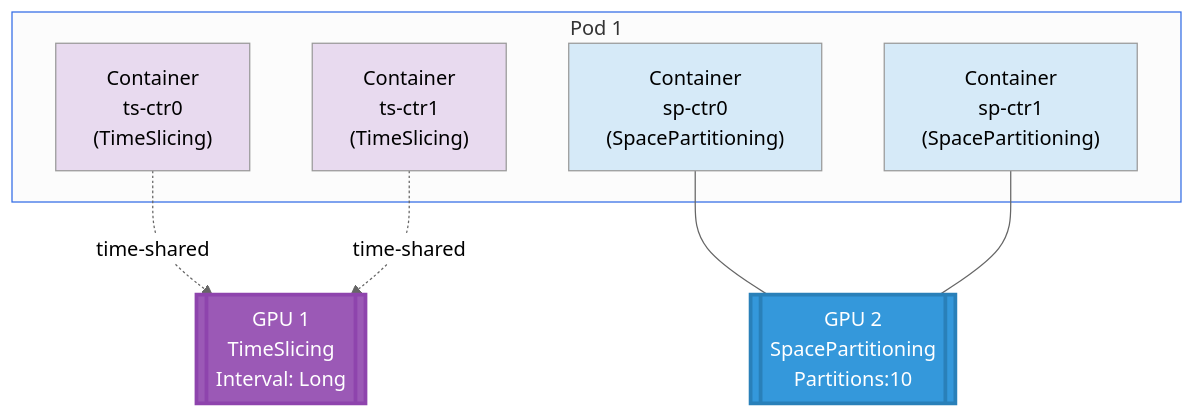
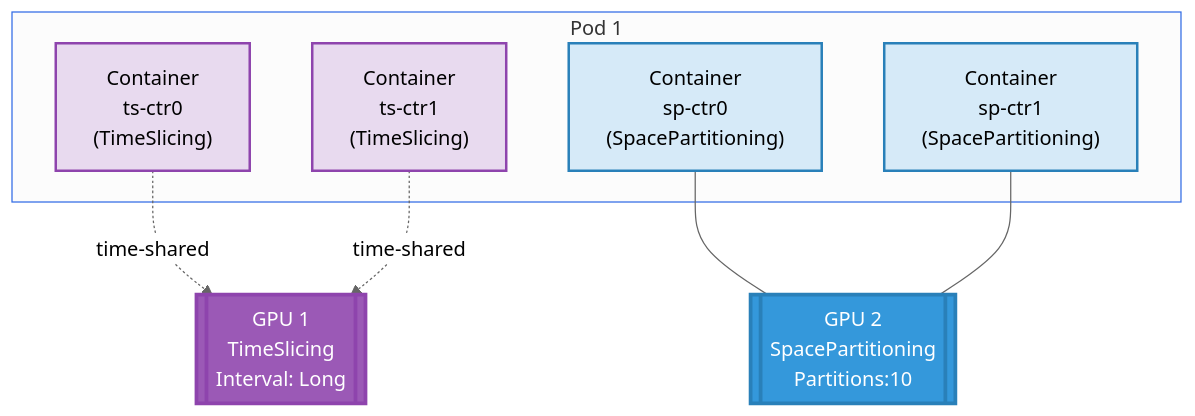
Before and after one commit to kubernetes-sigs/dra-example-driver: the diagram in demo/examples/basic-resourceclaim-opaque-config/README.md, drawn with Mermaid (neutral theme). The commit also changed 10 other files, not shown here.

````diff
--- a/demo/examples/basic-resourceclaim-opaque-config/README.md
+++ b/demo/examples/basic-resourceclaim-opaque-config/README.md
@@ -24,25 +24,25 @@
 ```mermaid
 graph TD
     subgraph Pod["Pod 1"]
         TS0["Container<br/>ts-ctr0<br/>(TimeSlicing)"]
         TS1["Container<br/>ts-ctr1<br/>(TimeSlicing)"]
         SP0["Container<br/>sp-ctr0<br/>(SpacePartitioning)"]
         SP1["Container<br/>sp-ctr1<br/>(SpacePartitioning)"]
     end
 
     G1[["GPU 1<br/>TimeSlicing<br/>Interval: Long"]]
     G2[["GPU 2<br/>SpacePartitioning<br/>Partitions:10"]]
 
     TS0 -.time-shared.-> G1
     TS1 -.time-shared.-> G1
     SP0 --- G2
     SP1 --- G2
 
     style Pod stroke:#326ce5
     style G1 fill:#9b59b6,color:#fff,stroke:#8e44ad,stroke-width:3px
     style G2 fill:#3498db,color:#fff,stroke:#2980b9,stroke-width:3px
-    style TS0 fill:#e8daef
-    style TS1 fill:#e8daef
-    style SP0 fill:#d6eaf8
-    style SP1 fill:#d6eaf8
+    style TS0 fill:#e8daef,color:#000,stroke:#8e44ad,stroke-width:2px
+    style TS1 fill:#e8daef,color:#000,stroke:#8e44ad,stroke-width:2px
+    style SP0 fill:#d6eaf8,color:#000,stroke:#2980b9,stroke-width:2px
+    style SP1 fill:#d6eaf8,color:#000,stroke:#2980b9,stroke-width:2px
 ```
````
